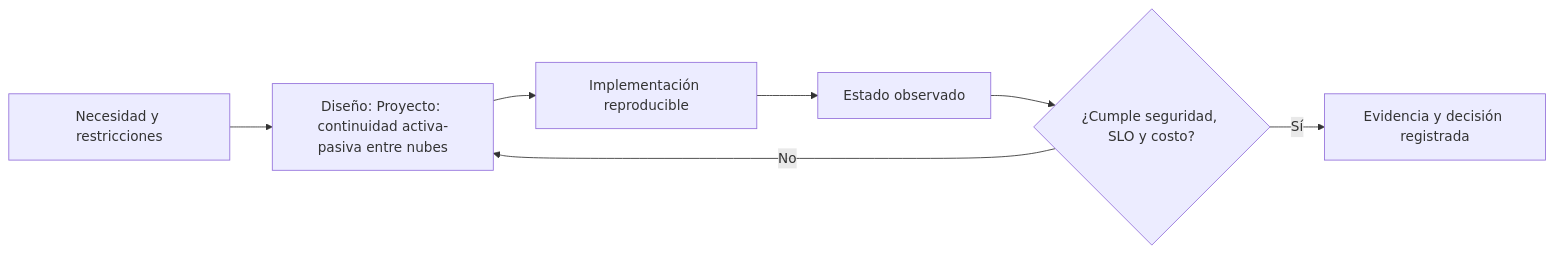
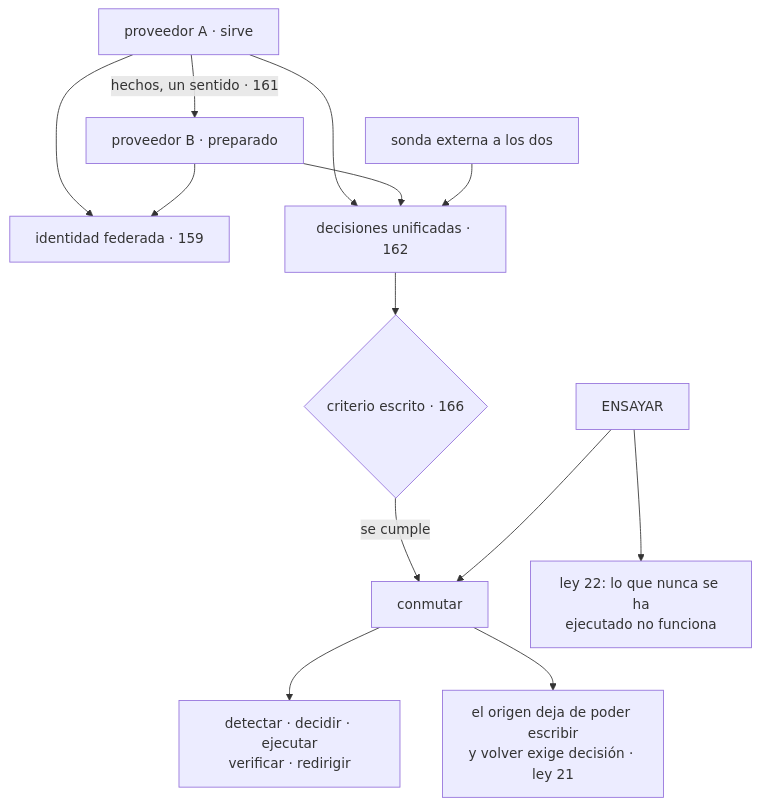
Before and after one commit to vladimiracunadev-create/multi-cloud-engineering-program: the diagram in classes/part-13-multicloud-hybrid-disaster-recovery/168-proyecto-continuidad-activa-pasiva-entre-nubes/README.md, drawn with Mermaid. The commit also changed other lines of this file and 2 other files, not shown here.

First line of the commit message:
Reescribe la clase 168: continuidad activo-pasivo y cierre de la parte 13

````diff
--- a/classes/part-13-multicloud-hybrid-disaster-recovery/168-proyecto-continuidad-activa-pasiva-entre-nubes/README.md
+++ b/classes/part-13-multicloud-hybrid-disaster-recovery/168-proyecto-continuidad-activa-pasiva-entre-nubes/README.md
@@ -48,9 +45,15 @@
 ```mermaid
-flowchart LR
-    A["Necesidad y restricciones"] --> B["Diseño: Proyecto: continuidad activa-pasiva entre nubes"]
-    B --> C["Implementación reproducible"]
-    C --> D["Estado observado"]
-    D --> E{"¿Cumple seguridad, SLO y costo?"}
-    E -- "No" --> B
-    E -- "Sí" --> F["Evidencia y decisión registrada"]
+flowchart TB
+    P["proveedor A · sirve"] -->|"hechos, un sentido · 161"| B["proveedor B · preparado"]
+    P --> I["identidad federada · 159"]
+    B --> I
+    P --> O["decisiones unificadas · 162"]
+    B --> O
+    S["sonda externa a los dos"] --> O
+    O --> D{"criterio escrito · 166"}
+    D -->|"se cumple"| C["conmutar"]
+    C --> C1["detectar · decidir · ejecutar\nverificar · redirigir"]
+    C --> C2["el origen deja de poder escribir\ny volver exige decisión · ley 21"]
+    E["ENSAYAR"] --> C
+    E --> L["ley 22: lo que nunca se ha\nejecutado no funciona"]
 ```
````
